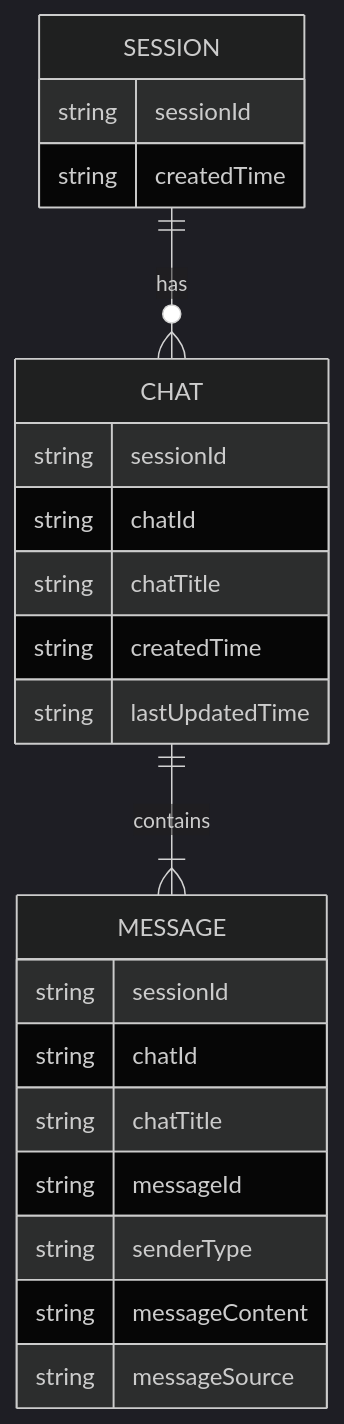
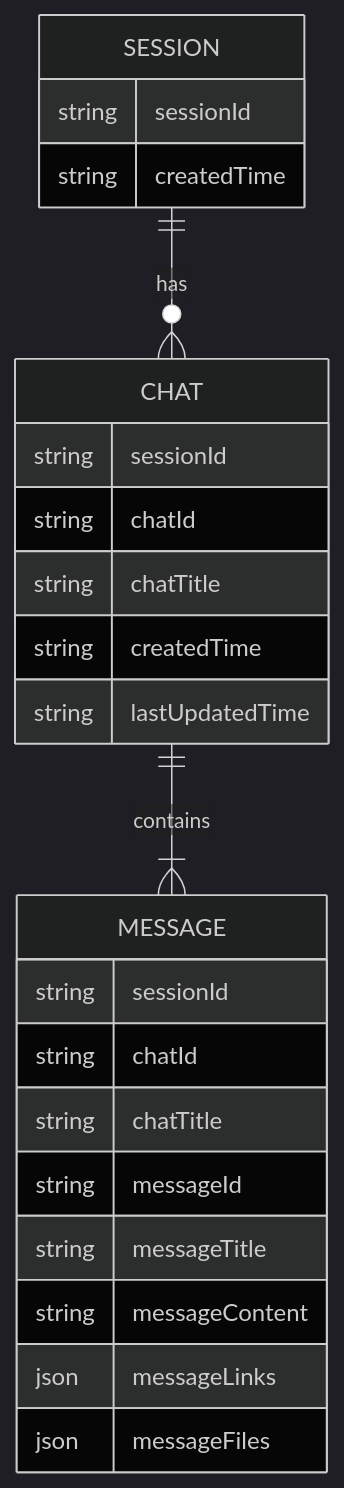
Before and after one commit to gyuhyeonseo/bkms2-term-project: the diagram in backend/README.md, drawn with Mermaid (dark theme).

Commit message:
fix er diagram

````diff
--- a/backend/README.md
+++ b/backend/README.md
@@ -5,25 +5,26 @@
 ```mermaid
 erDiagram
     SESSION ||--o{ CHAT : has
     SESSION {
         string sessionId
         string createdTime
     }
     CHAT ||--|{ MESSAGE : contains
     CHAT {
         string sessionId
         string chatId
         string chatTitle
         string createdTime
         string lastUpdatedTime
     }
     MESSAGE {
         string sessionId
         string chatId
         string chatTitle
         string messageId
-        string senderType
+        string messageTitle
         string messageContent
-        string messageSource
+        json messageLinks
+        json messageFiles
     }
 ```
````
